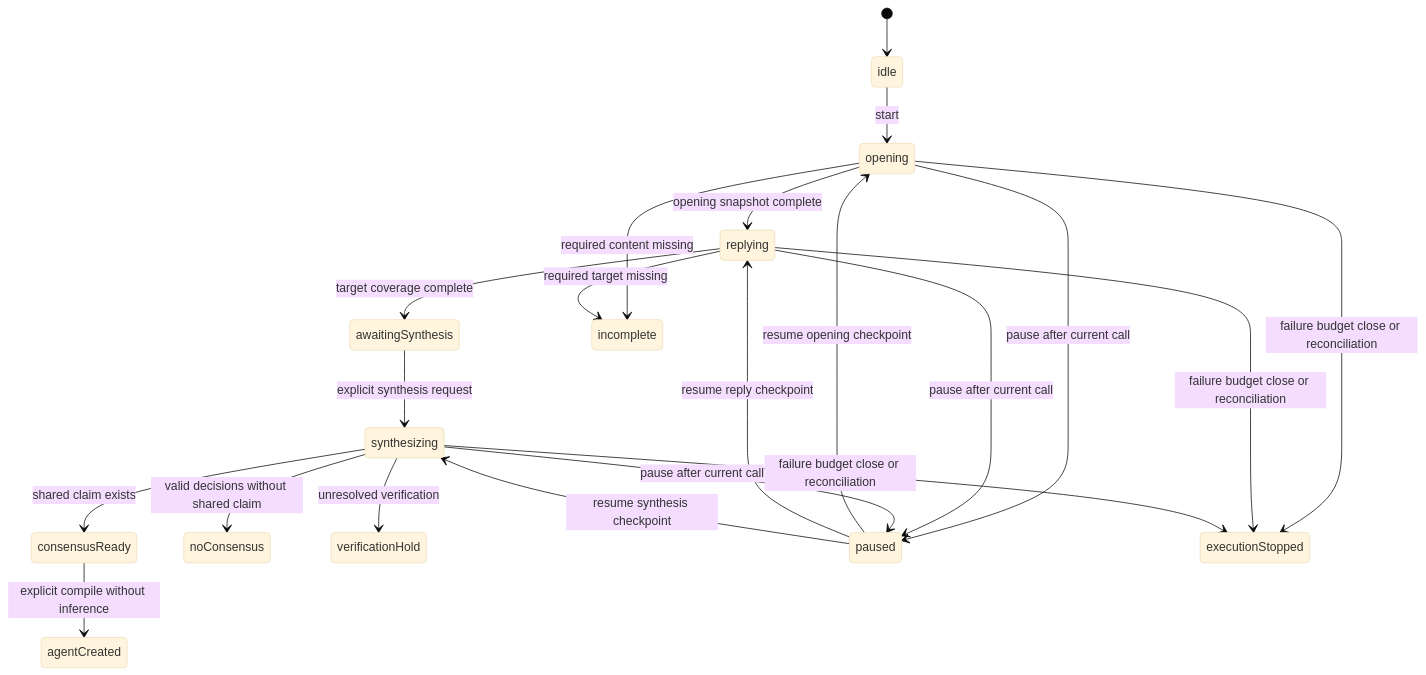
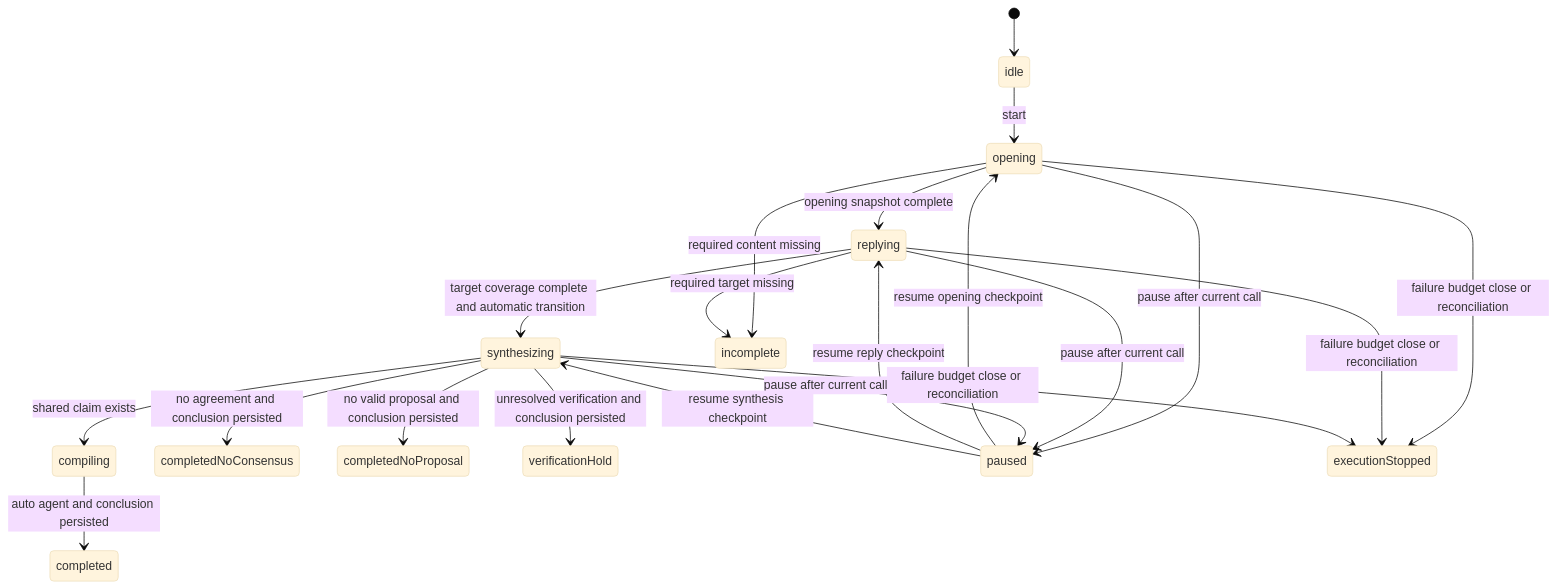
One commit to joowonkime/commentscope changed the second of 2 diagrams in docs/design/DEBATE_SYNTHESIS_PROTOCOL.md. Above: the diagram before and after it, drawn with Mermaid (base theme). The commit also changed other lines of this file and 17 other files, not shown here.

Commit message:
docs: align full agent catalog with automatic debate outcome flow (#115)

````diff
--- a/docs/design/DEBATE_SYNTHESIS_PROTOCOL.md
+++ b/docs/design/DEBATE_SYNTHESIS_PROTOCOL.md
@@ -184,23 +200,23 @@
 ```mermaid
 stateDiagram-v2
     [*] --> idle
     idle --> opening: start
     opening --> replying: opening snapshot complete
-    replying --> awaitingSynthesis: target coverage complete
+    replying --> synthesizing: target coverage complete and automatic transition
     opening --> incomplete: required content missing
     replying --> incomplete: required target missing
-    awaitingSynthesis --> synthesizing: explicit synthesis request
-    synthesizing --> consensusReady: shared claim exists
-    synthesizing --> noConsensus: valid decisions without shared claim
-    synthesizing --> verificationHold: unresolved verification
-    consensusReady --> agentCreated: explicit compile without inference
+    synthesizing --> compiling: shared claim exists
+    compiling --> completed: auto agent and conclusion persisted
+    synthesizing --> completedNoConsensus: no agreement and conclusion persisted
+    synthesizing --> completedNoProposal: no valid proposal and conclusion persisted
+    synthesizing --> verificationHold: unresolved verification and conclusion persisted
     opening --> paused: pause after current call
     replying --> paused: pause after current call
     synthesizing --> paused: pause after current call
     paused --> opening: resume opening checkpoint
     paused --> replying: resume reply checkpoint
     paused --> synthesizing: resume synthesis checkpoint
     opening --> executionStopped: failure budget close or reconciliation
     replying --> executionStopped: failure budget close or reconciliation
     synthesizing --> executionStopped: failure budget close or reconciliation
 ```
````
